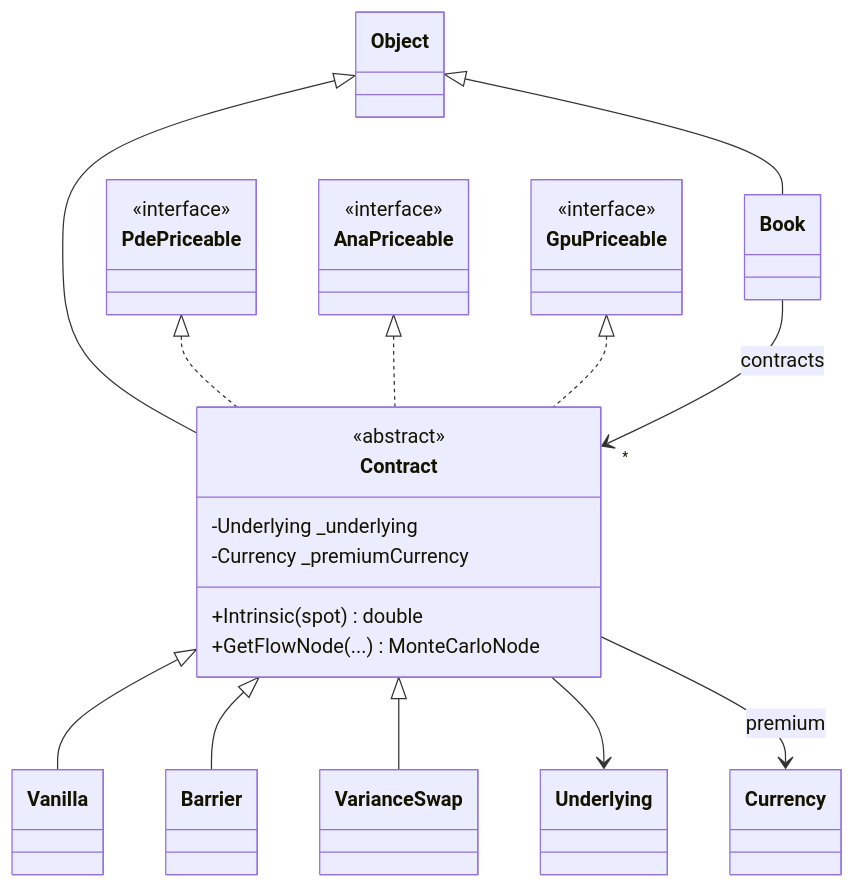
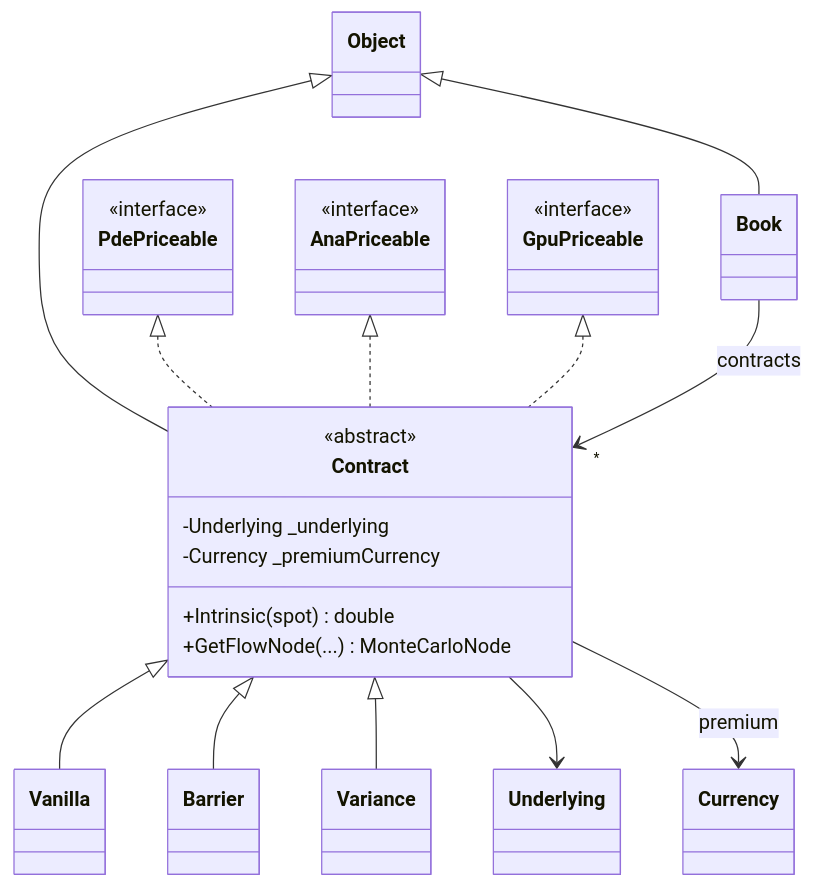
One commit to GValas/Thoth changed the third of 6 diagrams in pricer/docs/architecture.md. Above: the diagram before and after it, drawn with Mermaid. The commit also changed other lines of this file and 36 other files, not shown here.

First line of the commit message:
rename the variance_swap product kind to variance across the project

````diff
--- a/pricer/docs/architecture.md
+++ b/pricer/docs/architecture.md
@@ -126,32 +126,32 @@
 ```mermaid
 classDiagram
     class Contract {
         <<abstract>>
         -Underlying _underlying
         -Currency _premiumCurrency
         +Intrinsic(spot) double
         +GetFlowNode(...) MonteCarloNode
     }
     class PdePriceable {
         <<interface>>
     }
     class AnaPriceable {
         <<interface>>
     }
     class GpuPriceable {
         <<interface>>
     }
 
     Object <|-- Contract
     PdePriceable <|.. Contract
     AnaPriceable <|.. Contract
     GpuPriceable <|.. Contract
     Contract <|-- Vanilla
     Contract <|-- Barrier
-    Contract <|-- VarianceSwap
+    Contract <|-- Variance
 
     Object <|-- Book
     Book --> "*" Contract : contracts
     Contract --> Underlying
     Contract --> Currency : premium
 ```
````
